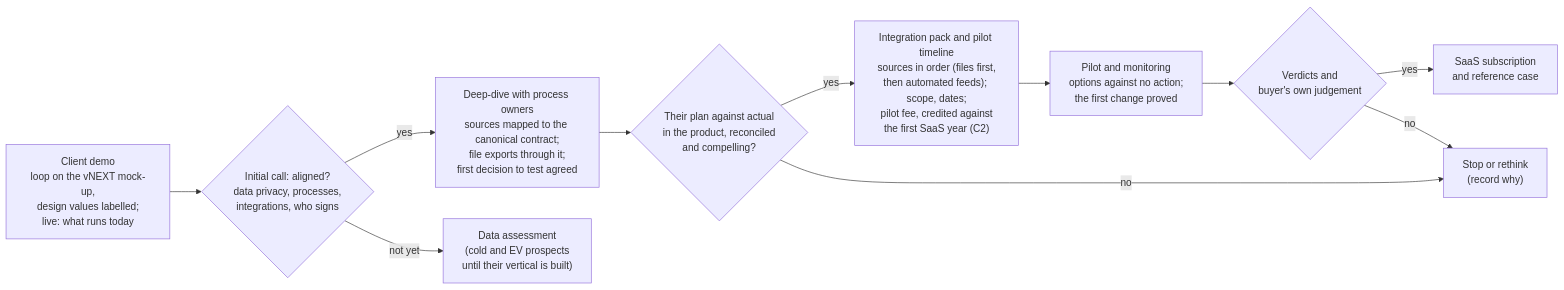
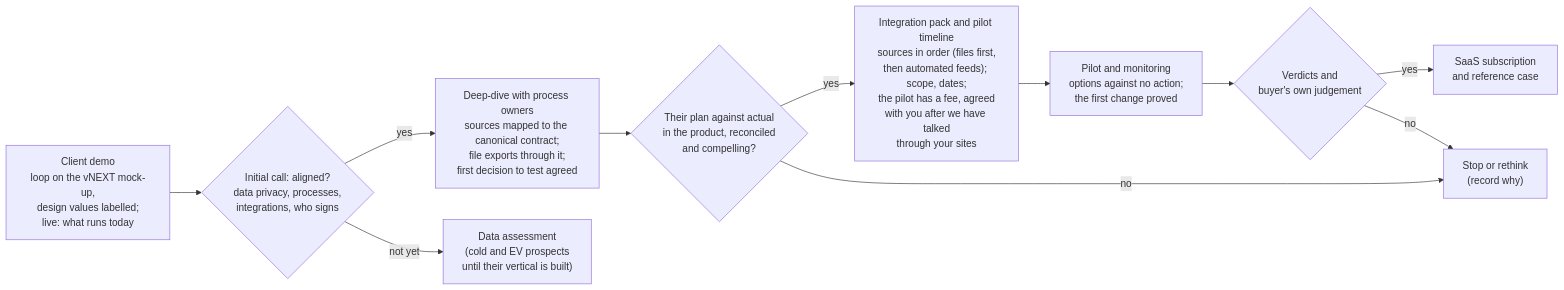
The fourth of 9 diagrams in Docs/demo-sprint/product-direction-layer4/product-transition-and-roadmap.md (bineyame/AssetOpsV1), drawn with Mermaid before and after one commit. The commit also changed other lines of this file and 10 other files, not shown here.

First line of the commit message:
Pack: final-review fixes F2, F3, F6, F7 (C2/C12 open defaults, D5 check open, §0.4 count, Figure 10)

````diff
--- a/Docs/demo-sprint/product-direction-layer4/product-transition-and-roadmap.md
+++ b/Docs/demo-sprint/product-direction-layer4/product-transition-and-roadmap.md
@@ -162,13 +162,13 @@
 ```mermaid
 flowchart LR
   D["Client demo<br/>loop on the vNEXT mock-up,<br/>design values labelled;<br/>live: what runs today"] --> C{"Initial call: aligned?<br/>data privacy, processes,<br/>integrations, who signs"}
   C -- yes --> DD["Deep-dive with process owners<br/>sources mapped to the canonical contract;<br/>file exports through it;<br/>first decision to test agreed"]
   C -- "not yet" --> DA["Data assessment<br/>(cold and EV prospects<br/>until their vertical is built)"]
   DD --> G1{"Their plan against actual<br/>in the product, reconciled<br/>and compelling?"}
-  G1 -- yes --> IP["Integration pack and pilot timeline<br/>sources in order (files first,<br/>then automated feeds); scope, dates;<br/>pilot fee, credited against<br/>the first SaaS year (C2)"]
+  G1 -- yes --> IP["Integration pack and pilot timeline<br/>sources in order (files first,<br/>then automated feeds); scope, dates;<br/>the pilot has a fee, agreed<br/>with you after we have talked<br/>through your sites"]
   G1 -- no --> R["Stop or rethink<br/>(record why)"]
   IP --> PI["Pilot and monitoring<br/>options against no action;<br/>the first change proved"]
   PI --> G2{"Verdicts and<br/>buyer's own judgement"}
   G2 -- yes --> SUB["SaaS subscription<br/>and reference case"]
   G2 -- no --> R
 ```
````
